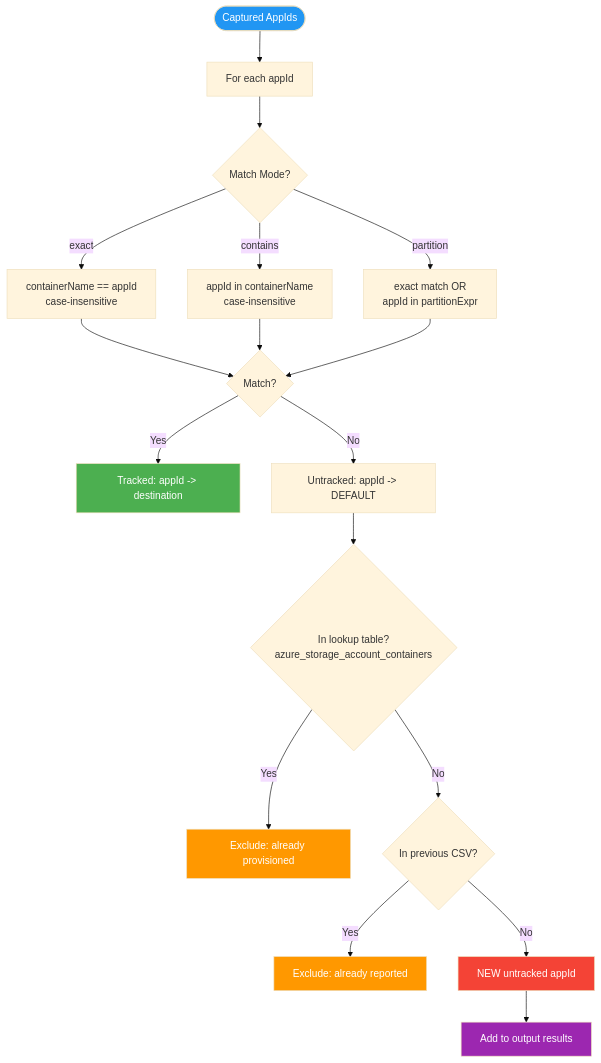
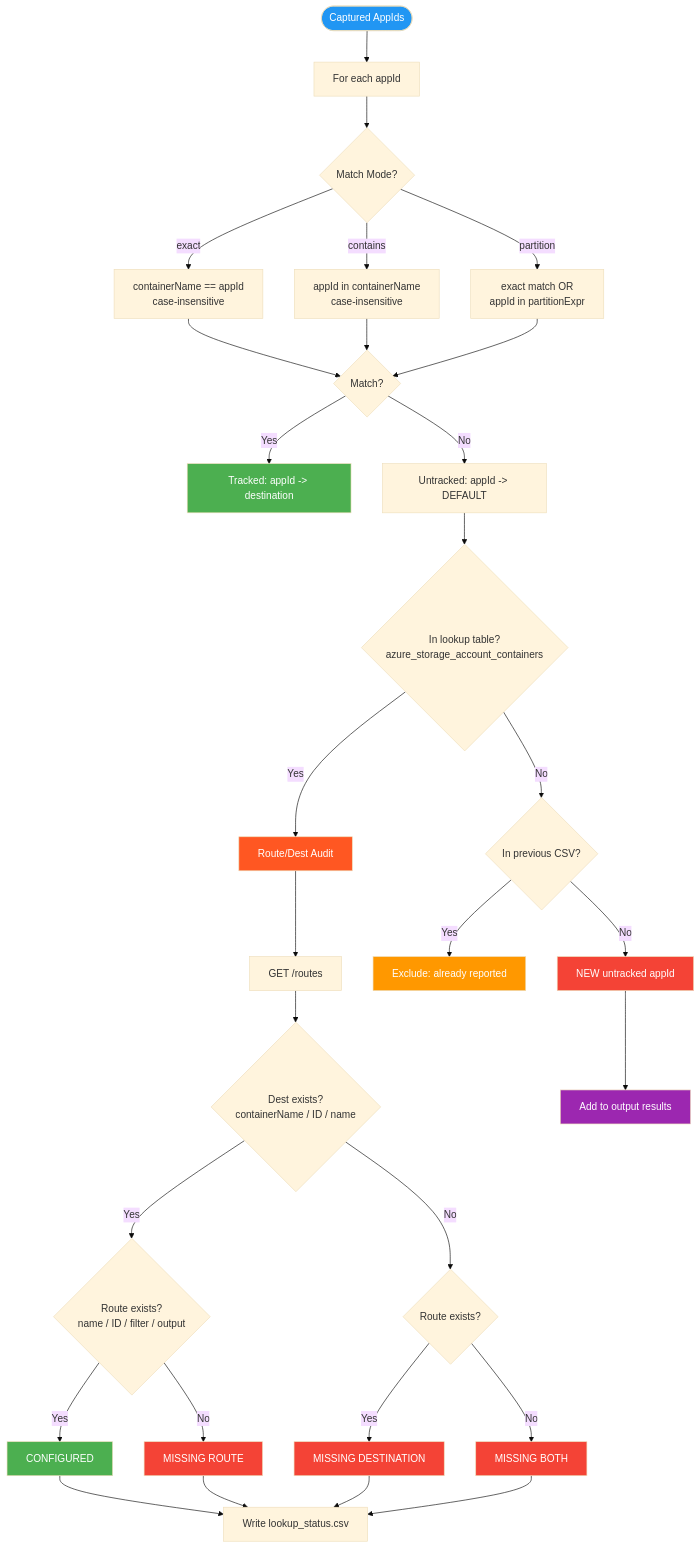
The fourth of 6 diagrams in untracked_apmids/FLOWCHART.md (ambalbek/crud_cribl-elk), drawn with Mermaid (base theme) before and after one commit. The commit also changed other lines of this file and 17 other files, not shown here.

````diff
--- a/untracked_apmids/FLOWCHART.md
+++ b/untracked_apmids/FLOWCHART.md
@@ -165,33 +172,50 @@
 ```mermaid
 flowchart TD
     A([Captured AppIds]) --> B[For each appId]
 
     B --> C{Match Mode?}
 
     C -->|exact| D[containerName == appId<br/>case-insensitive]
     C -->|contains| E[appId in containerName<br/>case-insensitive]
     C -->|partition| F[exact match OR<br/>appId in partitionExpr]
 
     D --> G{Match?}
     E --> G
     F --> G
 
     G -->|Yes| H[Tracked: appId -> destination]
     G -->|No| I[Untracked: appId -> DEFAULT]
 
     I --> J{In lookup table?<br/>azure_storage_account_containers}
-    J -->|Yes| K[Exclude: already provisioned]
+    J -->|Yes| K[Route/Dest Audit]
     J -->|No| L{In previous CSV?}
+
+    K --> K1[GET /routes]
+    K1 --> K2{Dest exists?<br/>containerName / ID / name}
+    K2 -->|Yes| K3{Route exists?<br/>name / ID / filter / output}
+    K2 -->|No| K4{Route exists?}
+    K3 -->|Yes| K5[CONFIGURED]
+    K3 -->|No| K6[MISSING ROUTE]
+    K4 -->|Yes| K7[MISSING DESTINATION]
+    K4 -->|No| K8[MISSING BOTH]
+    K5 --> K9[Write lookup_status.csv]
+    K6 --> K9
+    K7 --> K9
+    K8 --> K9
 
     L -->|Yes| M[Exclude: already reported]
     L -->|No| N[NEW untracked appId]
 
     N --> O[Add to output results]
 
     style A fill:#2196F3,color:#fff
     style H fill:#4CAF50,color:#fff
-    style K fill:#FF9800,color:#fff
+    style K fill:#FF5722,color:#fff
+    style K5 fill:#4CAF50,color:#fff
+    style K6 fill:#f44336,color:#fff
+    style K7 fill:#f44336,color:#fff
+    style K8 fill:#f44336,color:#fff
     style M fill:#FF9800,color:#fff
     style N fill:#f44336,color:#fff
     style O fill:#9C27B0,color:#fff
 ```
````
